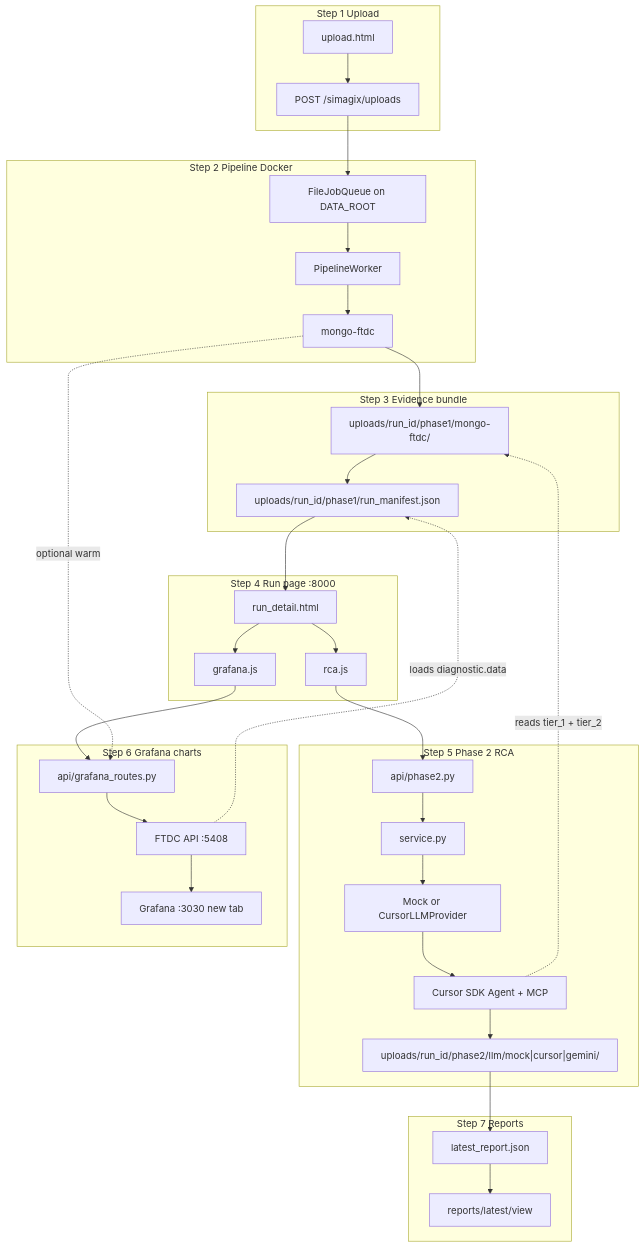
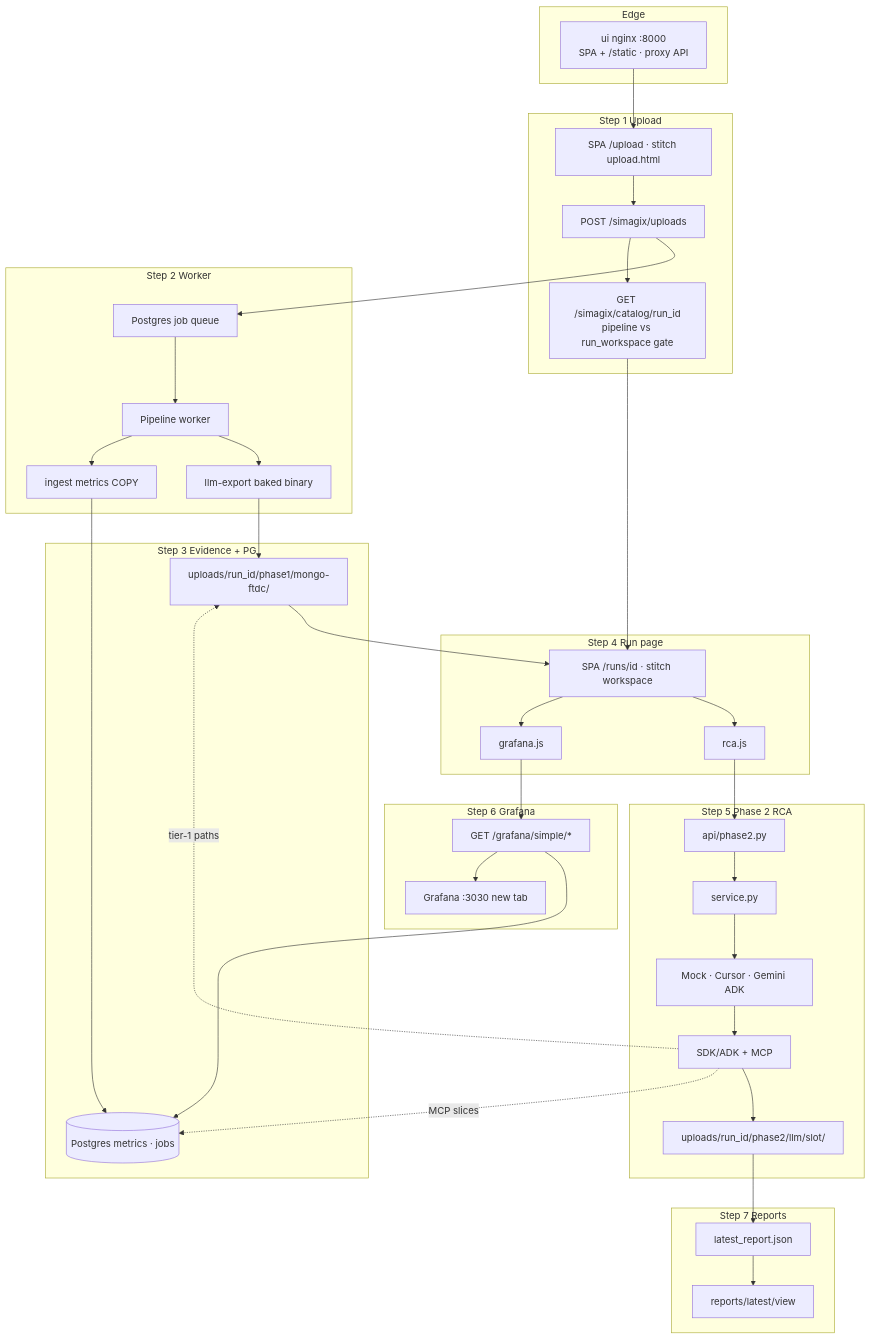
Before and after one commit to Prateek-Agarwal2006/Mongo-Debugger: the first of 7 diagrams in docs/ARCHITECTURE.md, drawn with Mermaid. The commit also changed other lines of this file and 170 other files, not shown here.

First line of the commit message:
Ship Kind SPA stack: nginx UI, Postgres jobs/metrics, SimpleJSON Grafana.

````diff
--- a/docs/ARCHITECTURE.md
+++ b/docs/ARCHITECTURE.md
@@ -17,52 +19,59 @@
 ```mermaid
 flowchart TB
-  subgraph step1 [Step 1 Upload]
-    UploadUI["upload.html"]
-    UploadAPI["POST /simagix/uploads"]
+  subgraph step0 [Edge]
+    Nginx["ui nginx :8000<br/>SPA + /static · proxy API"]
   end
 
-  subgraph step2 [Step 2 Pipeline Docker]
-    Worker["PipelineWorker"]
-    Queue["FileJobQueue on DATA_ROOT"]
-    MFTDC["mongo-ftdc"]
+  subgraph step1 [Step 1 Upload]
+    UploadUI["SPA /upload · stitch upload.html"]
+    UploadAPI["POST /simagix/uploads"]
+    Catalog["GET /simagix/catalog/run_id<br/>pipeline vs run_workspace gate"]
   end
 
-  subgraph step3 [Step 3 Evidence bundle]
-    Exports["uploads/run_id/phase1/mongo-ftdc/"]
-    RunManifest["uploads/run_id/phase1/run_manifest.json"]
+  subgraph step2 [Step 2 Worker]
+    Worker["Pipeline worker"]
+    Queue["Postgres job queue"]
+    MFTDC["llm-export baked binary"]
+    Ingest["ingest metrics COPY"]
   end
 
-  subgraph step4 [Step 4 Run page :8000]
-    RunPage["run_detail.html"]
+  subgraph step3 [Step 3 Evidence + PG]
+    Exports["uploads/run_id/phase1/mongo-ftdc/"]
+    PG[("Postgres metrics · jobs")]
+  end
+
+  subgraph step4 [Step 4 Run page]
+    RunPage["SPA /runs/id · stitch workspace"]
     RCAjs["rca.js"]
     Grafjs["grafana.js"]
   end
 
   subgraph step5 [Step 5 Phase 2 RCA]
     P2API["api/phase2.py"]
     Service["service.py"]
-    Provider["Mock or CursorLLMProvider"]
-    Agent["Cursor SDK Agent + MCP"]
-    Phase2Disk["uploads/run_id/phase2/llm/mock|cursor|gemini/"]
+    Provider["Mock · Cursor · Gemini ADK"]
+    Agent["SDK/ADK + MCP"]
+    Phase2Disk["uploads/run_id/phase2/llm/slot/"]
   end
 
-  subgraph step6 [Step 6 Grafana charts]
-    GrafAPI["api/grafana_routes.py"]
-    FTDCapi["FTDC API :5408"]
+  subgraph step6 [Step 6 Grafana]
+    SimpleJSON["GET /grafana/simple/*"]
     GrafanaUI["Grafana :3030 new tab"]
   end
 
   subgraph step7 [Step 7 Reports]
     ReportJSON["latest_report.json"]
     ReportHTML["reports/latest/view"]
   end
 
-  UploadUI --> UploadAPI --> Queue --> Worker --> MFTDC --> Exports
-  Exports --> RunManifest --> RunPage
+  Nginx --> UploadUI --> UploadAPI --> Queue --> Worker --> MFTDC --> Exports
+  Worker --> Ingest --> PG
+  UploadAPI --> Catalog --> RunPage
+  Exports --> RunPage
   RunPage --> RCAjs --> P2API --> Service --> Provider --> Agent
   Agent --> Phase2Disk --> ReportJSON --> ReportHTML
-  Agent -.->|"reads tier_1 + tier_2"| Exports
-  RunPage --> Grafjs --> GrafAPI --> FTDCapi --> GrafanaUI
-  FTDCapi -.->|"loads diagnostic.data"| RunManifest
-  MFTDC -.->|"optional warm"| GrafAPI
+  Agent -.->|"MCP slices"| PG
+  Agent -.->|"tier-1 paths"| Exports
+  RunPage --> Grafjs --> SimpleJSON --> PG
+  SimpleJSON --> GrafanaUI
 ```
````
